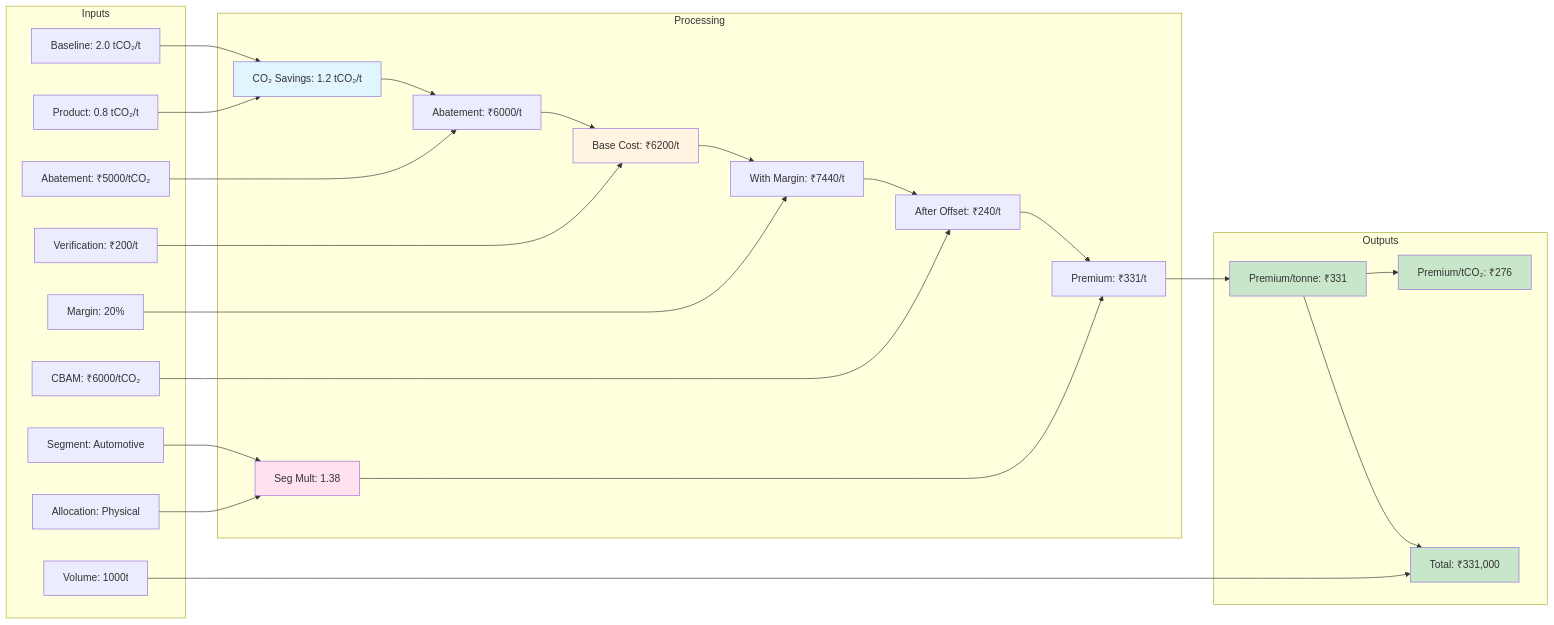
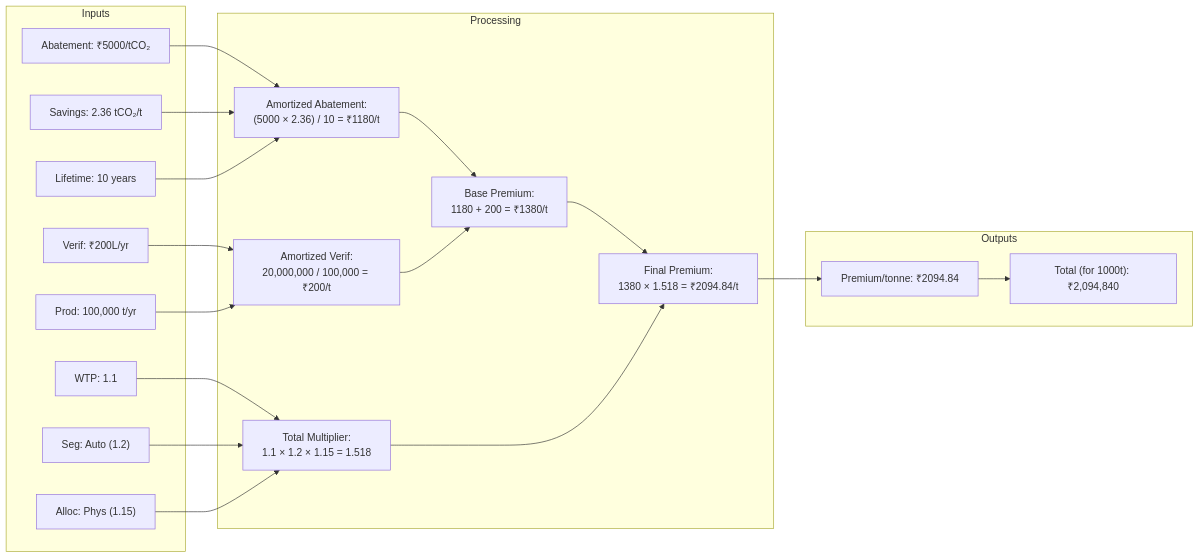
The second of 3 diagrams in README.md (junejakushal/bas-model), drawn with Mermaid before and after one commit. The commit also changed other lines of this file and 5 other files, not shown here.

````diff
--- a/README.md
+++ b/README.md
@@ -131,56 +120,41 @@
 ```mermaid
 flowchart LR
     subgraph Inputs
-        A1[Baseline: 2.0 tCO₂/t]
-        A2[Product: 0.8 tCO₂/t]
-        A3[Abatement: ₹5000/tCO₂]
-        A4[Verification: ₹200/t]
-        A5[Margin: 20%]
-        A6[CBAM: ₹6000/tCO₂]
-        A7[Volume: 1000t]
-        A8[Segment: Automotive]
-        A9[Allocation: Physical]
+        A1[Abatement: ₹5000/tCO₂]
+        A2[Savings: 2.36 tCO₂/t]
+        A3[Lifetime: 10 years]
+        A4[Verif: ₹200L/yr]
+        A5[Prod: 100,000 t/yr]
+        A6[WTP: 1.1]
+        A7["Seg: Auto (1.2)"]
+        A8["Alloc: Phys (1.15)"]
     end
     
     subgraph Processing
-        B1[CO₂ Savings: 1.2 tCO₂/t]
-        B2[Abatement: ₹6000/t]
-        B3[Base Cost: ₹6200/t]
-        B4[With Margin: ₹7440/t]
-        B5[After Offset: ₹240/t]
-        B6[Seg Mult: 1.38]
-        B7[Premium: ₹331/t]
+        B1["Amortized Abatement:<br/>(5000 × 2.36) / 10 = ₹1180/t"]
+        B2[Amortized Verif:<br/>20,000,000 / 100,000 = ₹200/t]
+        B3[Base Premium:<br/>1180 + 200 = ₹1380/t]
+        B4[Total Multiplier:<br/>1.1 × 1.2 × 1.15 = 1.518]
+        B5[Final Premium:<br/>1380 × 1.518 = ₹2094.84/t]
     end
     
     subgraph Outputs
-        C1[Premium/tonne: ₹331]
-        C2[Premium/tCO₂: ₹276]
-        C3[Total: ₹331,000]
+        C1[Premium/tonne: ₹2094.84]
+        C2["Total (for 1000t): ₹2,094,840"]
     end
     
     A1 --> B1
     A2 --> B1
-    B1 --> B2
-    A3 --> B2
+    A3 --> B1
+    A4 --> B2
+    A5 --> B2
+    B1 --> B3
     B2 --> B3
-    A4 --> B3
-    B3 --> B4
-    A5 --> B4
+    B3 --> B5
+    A6 --> B4
+    A7 --> B4
+    A8 --> B4
     B4 --> B5
-    A6 --> B5
-    B5 --> B7
-    A8 --> B6
-    A9 --> B6
-    B6 --> B7
-    B7 --> C1
+    B5 --> C1
     C1 --> C2
-    C1 --> C3
-    A7 --> C3
-    
-    style B1 fill:#e1f5ff
-    style B3 fill:#fff4e1
-    style B6 fill:#ffe1f0
-    style C1 fill:#c8e6c9
-    style C2 fill:#c8e6c9
-    style C3 fill:#c8e6c9
-```    
+```
````
